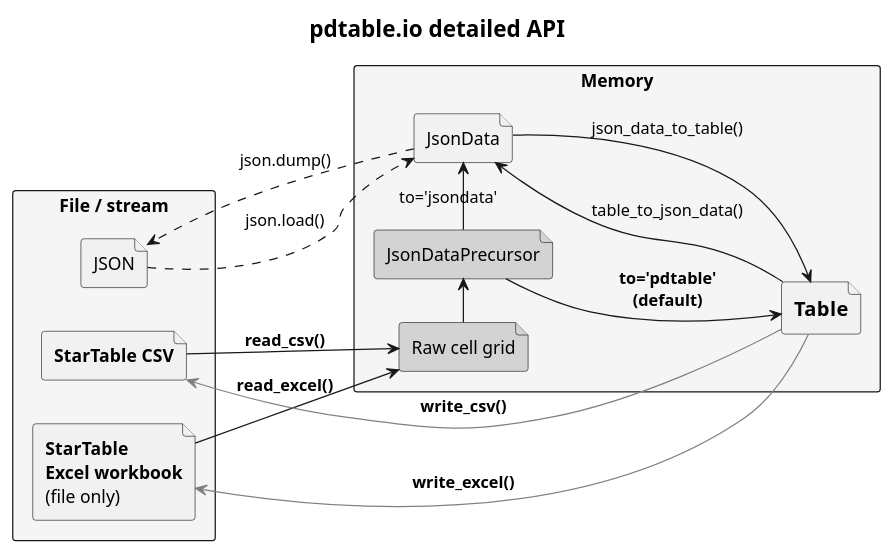
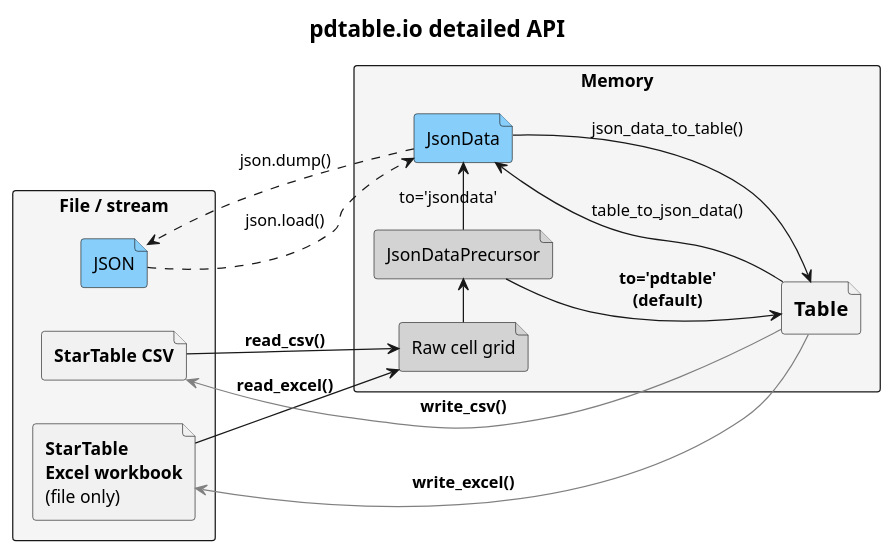
The diagram in docs/diagrams/src/io_detailed.puml (startable/pdtable), drawn with PlantUML before and after one commit. The commit also changed 3 other files, not shown here.

```diff
--- a/docs/diagrams/src/io_detailed.puml
+++ b/docs/diagrams/src/io_detailed.puml
@@ -1,40 +1,40 @@
 @startuml io_detailed
 
 title = pdtable.io detailed API
 
 skinparam {
     ArrowFontName Consolas
 }
 
 left to right direction
 
 rectangle files as "File / stream" #WhiteSmoke {
     file csv as "<b>StarTable CSV"
     file xl as "<b>StarTable\n<b>Excel workbook\n(file only)"
-    file json as "JSON"
+    file json as "JSON" #LightSkyBlue
 }
 
 rectangle memory as "Memory" #WhiteSmoke {
     file table as "==Table"
     file cellgrid as "Raw cell grid" #LightGray
     file prejson as "JsonDataPrecursor" #LightGray
-    file jsondata as "JsonData"
+    file jsondata as "JsonData" #LightSkyBlue
 }
 
 csv --> cellgrid : <b>read_csv()
 xl --> cellgrid : <b>read_excel()
 
 cellgrid -> prejson
 prejson -> jsondata : to='jsondata'
 prejson --> table : <b>to='pdtable'\n<b>(default)
 
 json ..> jsondata : json.load()
 jsondata ..> json : json.dump()
 
 jsondata --> table : json_data_to_table()
 jsondata <-- table : table_to_json_data()
 
 csv <-- table #Gray : <b>write_csv()
 xl <-- table #Gray : <b>write_excel()
 
 @enduml
```
